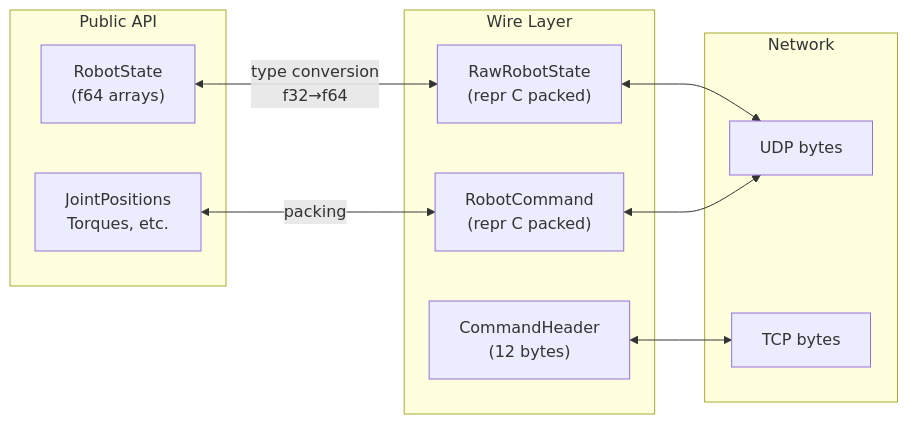
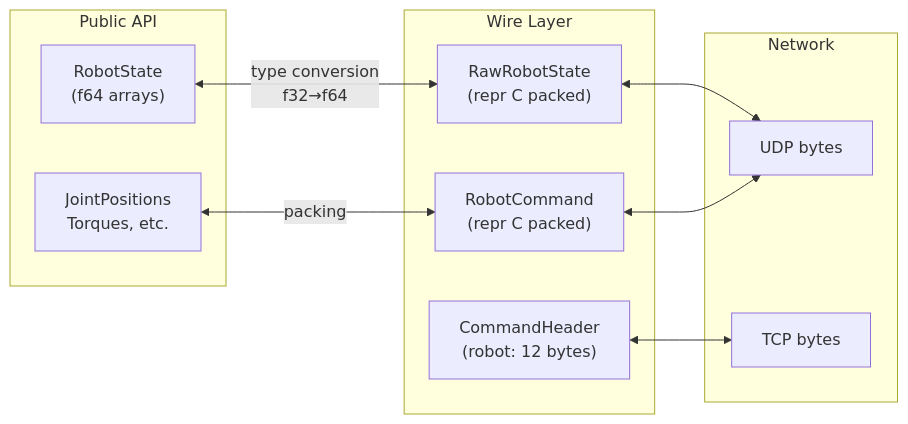
Before and after one commit to ColeTen/franka-rs: the first of 2 diagrams in docs/src/modules/wire.md, drawn with Mermaid. The commit also changed other lines of this file and 43 other files, not shown here.

````diff
--- a/docs/src/modules/wire.md
+++ b/docs/src/modules/wire.md
@@ -7,24 +7,24 @@
 ```mermaid
 flowchart LR
     subgraph "Public API"
         RS["RobotState<br/>(f64 arrays)"]
         CMD["JointPositions<br/>Torques, etc."]
     end
 
     subgraph "Wire Layer"
         RAW["RawRobotState<br/>(repr C packed)"]
         WCMD["RobotCommand<br/>(repr C packed)"]
-        HDR["CommandHeader<br/>(12 bytes)"]
+        HDR["CommandHeader<br/>(robot: 12 bytes)"]
     end
 
     subgraph "Network"
         UDP["UDP bytes"]
         TCP["TCP bytes"]
     end
 
     RS <-->|"type conversion<br/>f32→f64"| RAW
     CMD <-->|"packing"| WCMD
     RAW <--> UDP
     WCMD <--> UDP
     HDR <--> TCP
 ```
````
